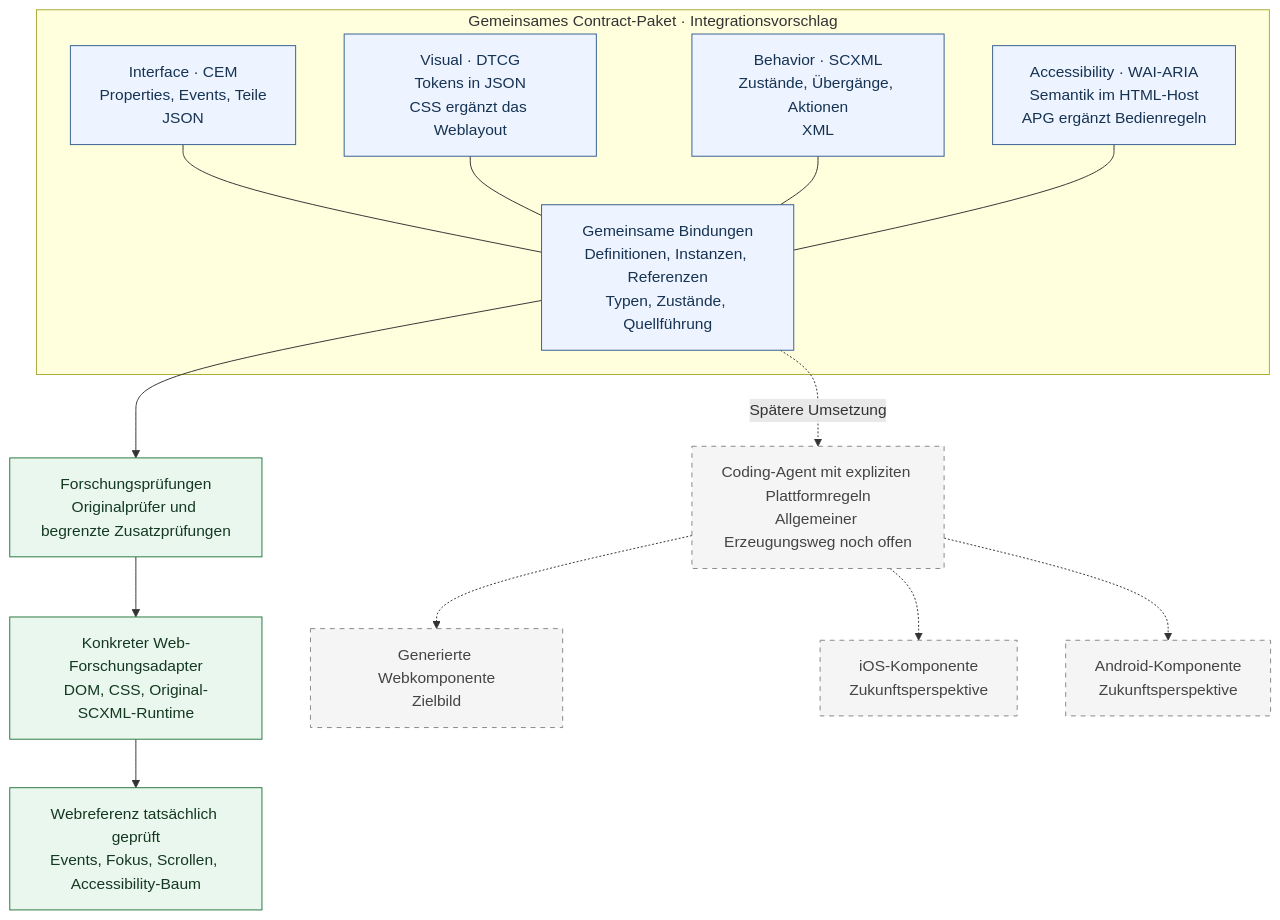
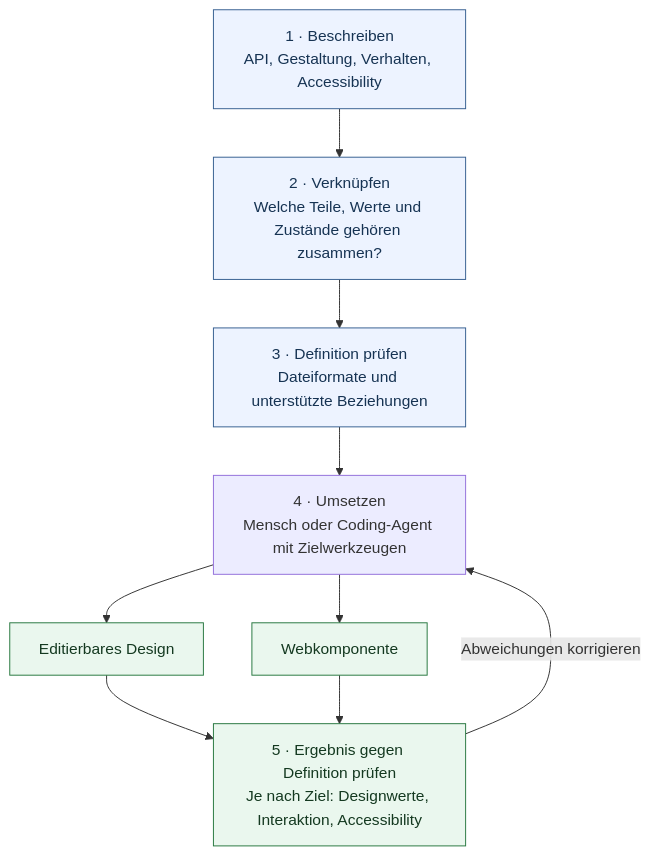
One commit to benjamindamm/ui-contracts changed the first of 2 diagrams in README.md. Above: the diagram before and after it, drawn with Mermaid. The commit also changed other lines of this file and 362 other files, not shown here.

````diff
--- a/README.md
+++ b/README.md
@@ -40,30 +15,19 @@
 ```mermaid
 flowchart TB
-  subgraph package["Gemeinsames Contract-Paket · Integrationsvorschlag"]
-    I["Interface · CEM<br/>Properties, Events, Teile<br/>JSON"]
-    V["Visual · DTCG<br/>Tokens in JSON<br/>CSS ergänzt das Weblayout"]
-    B["Behavior · SCXML<br/>Zustände, Übergänge, Aktionen<br/>XML"]
-    A["Accessibility · WAI-ARIA<br/>Semantik im HTML-Host<br/>APG ergänzt Bedienregeln"]
-    L["Gemeinsame Bindungen<br/>Definitionen, Instanzen, Referenzen<br/>Typen, Zustände, Quellführung"]
-    I --- L
-    V --- L
-    B --- L
-    A --- L
-  end
+  D["1 · Beschreiben<br/>API, Gestaltung, Verhalten, Accessibility"]
+  L["2 · Verknüpfen<br/>Welche Teile, Werte und Zustände gehören zusammen?"]
+  P["3 · Definition prüfen<br/>Dateiformate und unterstützte Beziehungen"]
+  E["4 · Umsetzen<br/>Mensch oder Coding-Agent mit Zielwerkzeugen"]
+  O["Editierbares Design"]
+  W["Webkomponente"]
+  T["5 · Ergebnis gegen Definition prüfen<br/>Je nach Ziel: Designwerte, Interaktion, Accessibility"]
+  D --> L --> P --> E
+  E --> O --> T
+  E --> W --> T
+  T -->|Abweichungen korrigieren| E
 
-  L --> P["Forschungsprüfungen<br/>Originalprüfer und begrenzte Zusatzprüfungen"]
-  P --> H["Konkreter Web-Forschungsadapter<br/>DOM, CSS, Original-SCXML-Runtime"]
-  H --> W["Webreferenz tatsächlich geprüft<br/>Events, Fokus, Scrollen, Accessibility-Baum"]
-
-  L -. "Spätere Umsetzung" .-> G["Coding-Agent mit expliziten Plattformregeln<br/>Allgemeiner Erzeugungsweg noch offen"]
-  G -.-> FW["Generierte Webkomponente<br/>Zielbild"]
-  G -.-> IOS["iOS-Komponente<br/>Zukunftsperspektive"]
-  G -.-> AND["Android-Komponente<br/>Zukunftsperspektive"]
-
-  classDef proposal fill:#edf3ff,stroke:#365f91,color:#163353;
-  classDef proven fill:#eaf7ee,stroke:#287840,color:#143920;
-  classDef future fill:#f5f5f5,stroke:#888,color:#444,stroke-dasharray:5 5;
-  class I,V,B,A,L proposal;
-  class P,H,W proven;
-  class G,FW,IOS,AND future;
+  classDef definition fill:#edf3ff,stroke:#365f91,color:#163353;
+  classDef output fill:#eaf7ee,stroke:#287840,color:#143920;
+  class D,L,P definition;
+  class O,W,T output;
 ```
````
